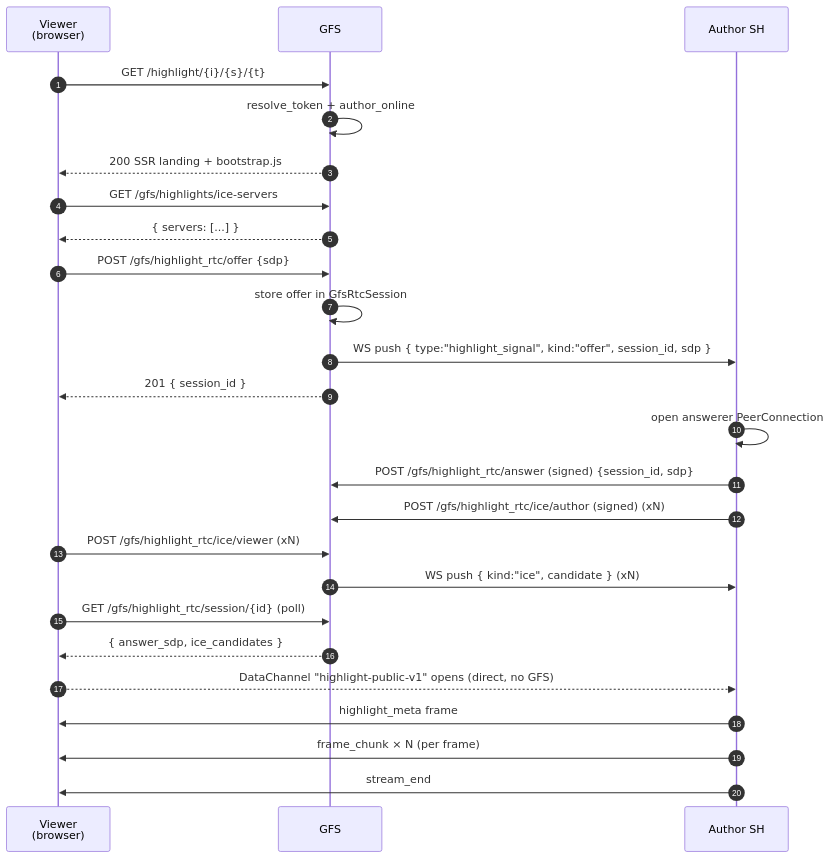
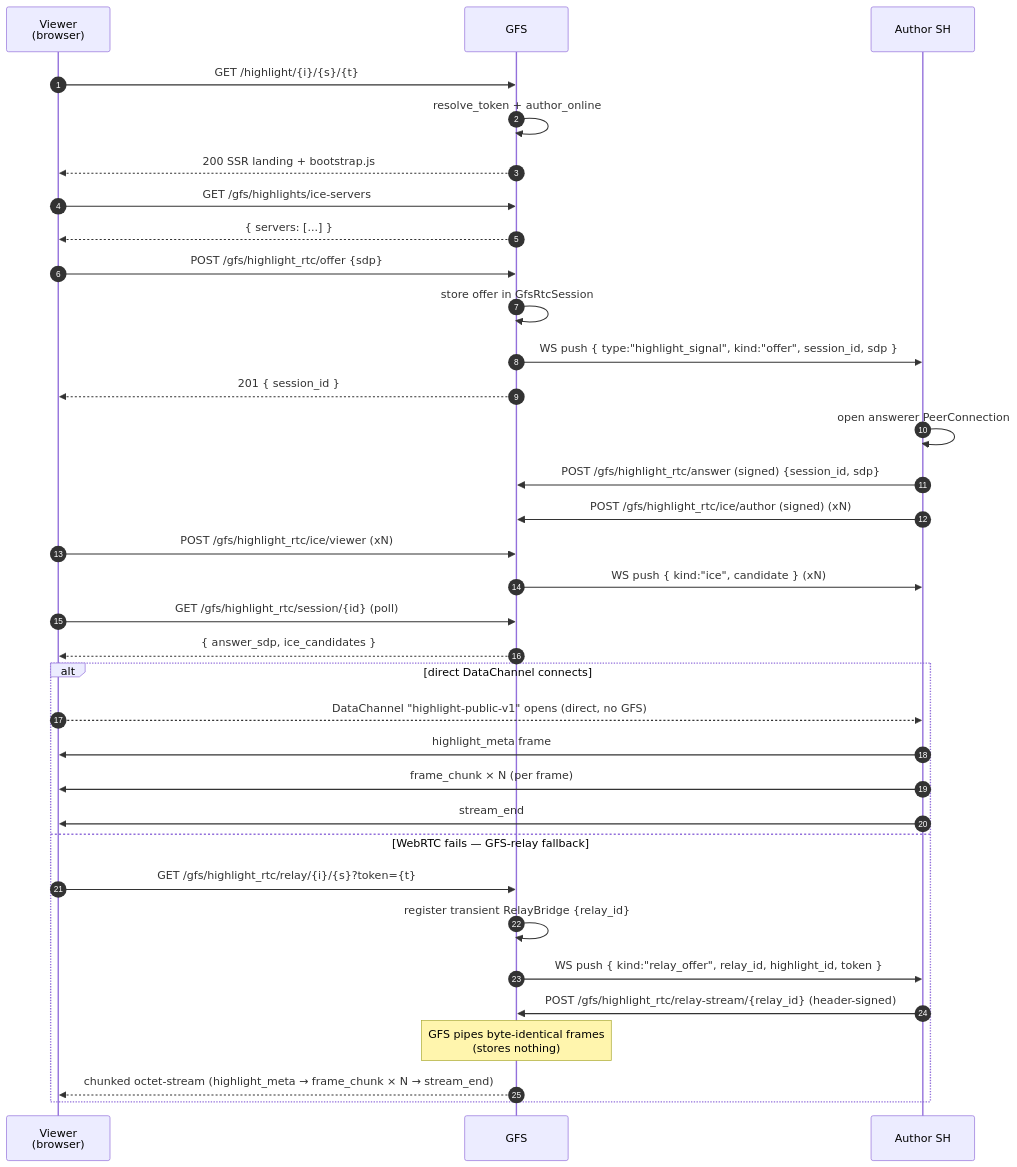
The diagram in docs/protocol/highlights_public.md (social-home-io/social-home), drawn with Mermaid before and after one commit. The commit also changed other lines of this file and 7 other files, not shown here.

First line of the commit message:
Docs for relay fallback + moments index; widen coverage on new code

````diff
--- a/docs/protocol/highlights_public.md
+++ b/docs/protocol/highlights_public.md
@@ -116,28 +149,37 @@
 ```mermaid
 sequenceDiagram
     autonumber
     participant V as Viewer<br/>(browser)
     participant G as GFS
     participant A as Author SH
 
     V->>G: GET /highlight/{i}/{s}/{t}
     G->>G: resolve_token + author_online
     G-->>V: 200 SSR landing + bootstrap.js
     V->>G: GET /gfs/highlights/ice-servers
     G-->>V: { servers: [...] }
     V->>G: POST /gfs/highlight_rtc/offer {sdp}
     G->>G: store offer in GfsRtcSession
     G->>A: WS push { type:"highlight_signal", kind:"offer", session_id, sdp }
     G-->>V: 201 { session_id }
     A->>A: open answerer PeerConnection
     A->>G: POST /gfs/highlight_rtc/answer (signed) {session_id, sdp}
     A->>G: POST /gfs/highlight_rtc/ice/author (signed) (xN)
     V->>G: POST /gfs/highlight_rtc/ice/viewer (xN)
     G->>A: WS push { kind:"ice", candidate } (xN)
     V->>G: GET /gfs/highlight_rtc/session/{id} (poll)
     G-->>V: { answer_sdp, ice_candidates }
-    V-->>A: DataChannel "highlight-public-v1" opens (direct, no GFS)
-    A->>V: highlight_meta frame
-    A->>V: frame_chunk × N (per frame)
-    A->>V: stream_end
+    alt direct DataChannel connects
+        V-->>A: DataChannel "highlight-public-v1" opens (direct, no GFS)
+        A->>V: highlight_meta frame
+        A->>V: frame_chunk × N (per frame)
+        A->>V: stream_end
+    else WebRTC fails — GFS-relay fallback
+        V->>G: GET /gfs/highlight_rtc/relay/{i}/{s}?token={t}
+        G->>G: register transient RelayBridge {relay_id}
+        G->>A: WS push { kind:"relay_offer", relay_id, highlight_id, token }
+        A->>G: POST /gfs/highlight_rtc/relay-stream/{relay_id} (header-signed)
+        Note over G: GFS pipes byte-identical frames<br/>(stores nothing)
+        G-->>V: chunked octet-stream (highlight_meta → frame_chunk × N → stream_end)
+    end
 ```
````
